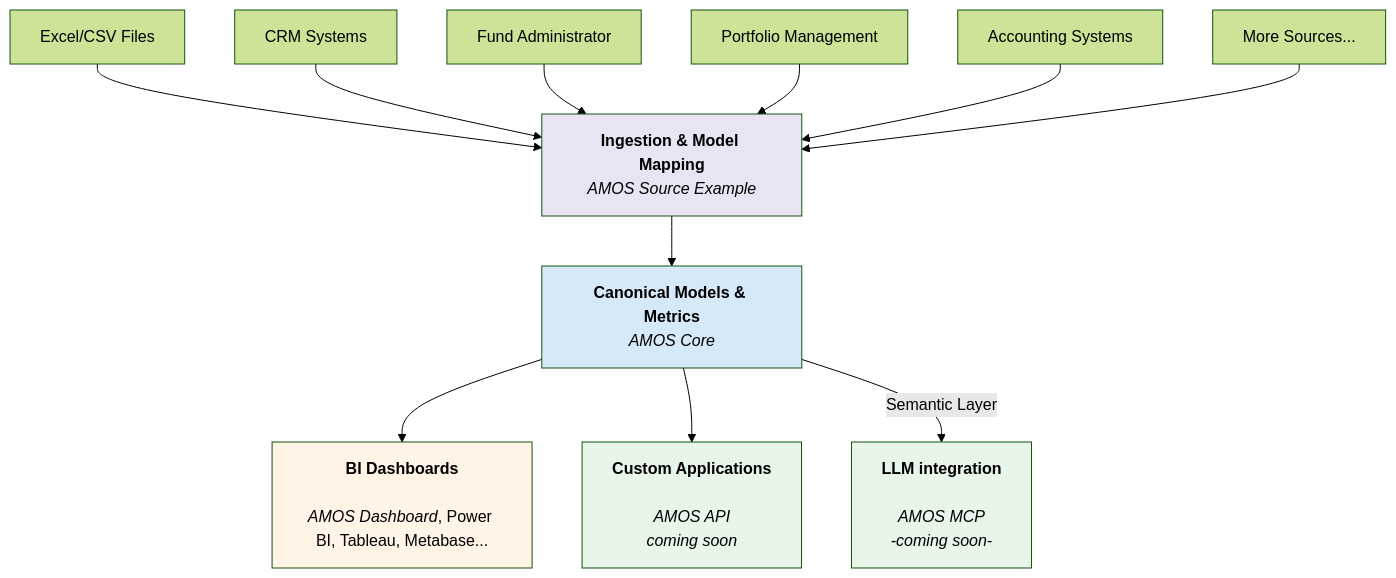
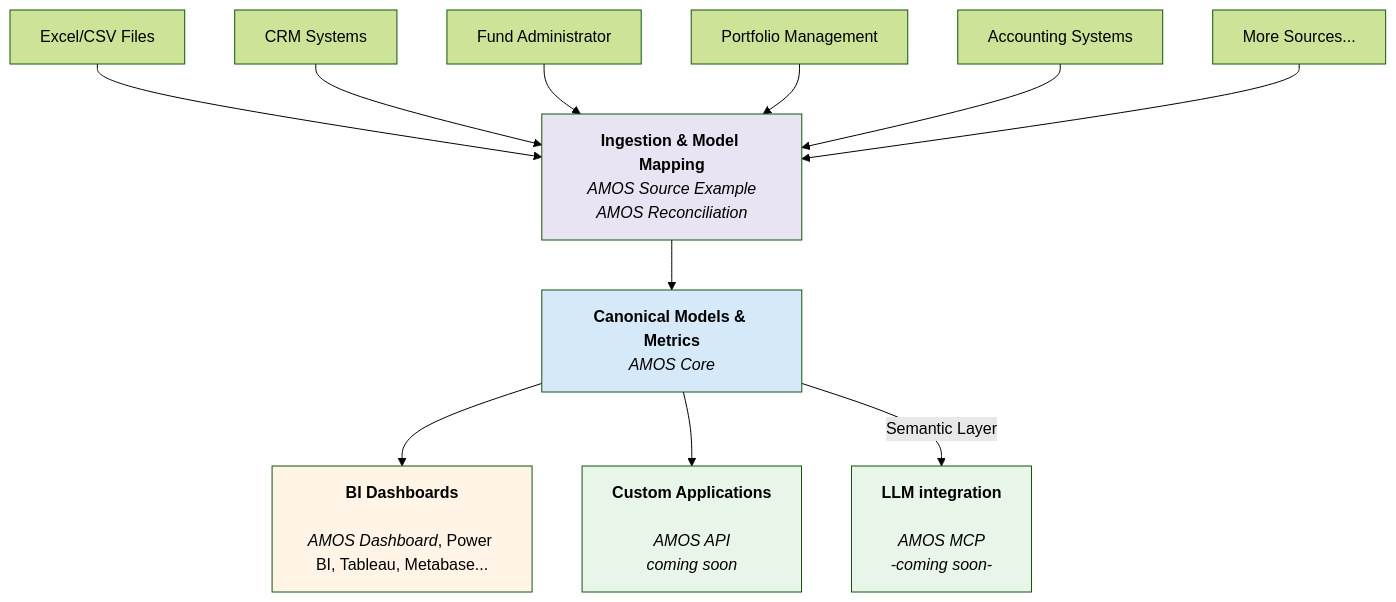
One commit to open-amos/amos changed the diagram in README.md. Above: the diagram before and after it, drawn with Mermaid (forest theme).

````diff
--- a/README.md
+++ b/README.md
@@ -60,35 +60,35 @@
 ```mermaid
   graph TD
       S1[Excel/CSV Files]
       S2[CRM Systems]
       S3[Fund Administrator]
       S4[Portfolio Management]
       S5[Accounting Systems]
       S6[More Sources...]
       
-      ING[<b>Ingestion & Model Mapping</b><br/><i>AMOS Source Example</i>]
+      ING[<b>Ingestion & Model Mapping</b><br/><i>AMOS Source Example</i><br><i>AMOS Reconciliation</i>]
       CORE[<b>Canonical Models & Metrics</b><br/><i>AMOS Core</i>]
       
       DASH[<b>BI Dashboards</b><br/><br/><i>AMOS Dashboard</i>, Power BI, Tableau, Metabase...]
       APP[<b>Custom Applications<br/></b><br/><i>AMOS API</i><br/><i>coming soon</i>]
       AI[<b>LLM integration</b><br/><br/><i>AMOS MCP</i><br/><i>-coming soon-</i>]
       
       S1 --> ING
       S2 --> ING
       S3 --> ING
       S4 --> ING
       S5 --> ING
       S6 --> ING
       
       ING --> CORE
       
       CORE --> DASH
       CORE --> APP
       CORE -->|Semantic Layer| AI
       
       style ING fill:#E8E4F3
       style CORE fill:#D6E9F8
       style DASH fill:#FFF4E6
       style APP fill:#E8F5E9
       style AI fill:#E8F5E9
 ```
````
